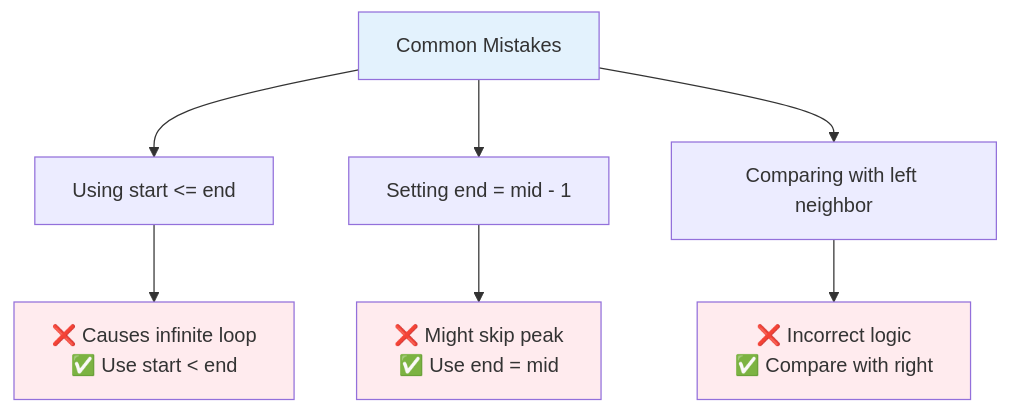
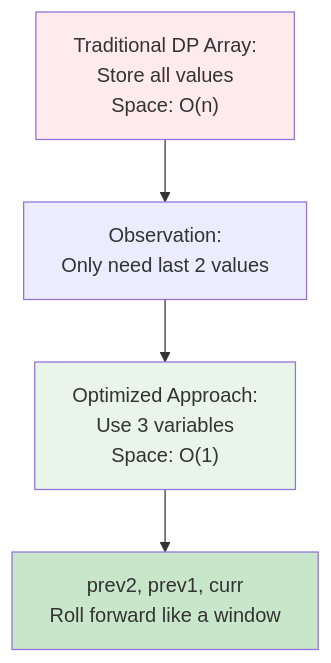
The eighth of 10 diagrams in README.md (LuckyLongre123/README_RUNNER), drawn with Mermaid before and after one commit. The commit also changed other lines of this file, not shown here.

````diff
--- a/README.md
+++ b/README.md
@@ -333,15 +230,10 @@
 ```mermaid
 flowchart TD
-    A["Common Mistakes"] --> B["Using start <= end"]
-    A --> C["Setting end = mid - 1"]
-    A --> D["Comparing with left neighbor"]
+    A["Traditional DP Array:<br/>Store all values<br/>Space: O(n)"] --> B["Observation:<br/>Only need last 2 values"]
+    B --> C["Optimized Approach:<br/>Use 3 variables<br/>Space: O(1)"]
+    C --> D["prev2, prev1, curr<br/>Roll forward like a window"]
     
-    B --> B1["❌ Causes infinite loop<br/>✅ Use start < end"]
-    C --> C1["❌ Might skip peak<br/>✅ Use end = mid"]
-    D --> D1["❌ Incorrect logic<br/>✅ Compare with right"]
-    
-    style A fill:#e3f2fd
-    style B1 fill:#ffebee
-    style C1 fill:#ffebee
-    style D1 fill:#ffebee
+    style A fill:#ffebee
+    style C fill:#e8f5e8
+    style D fill:#c8e6c9
 ```
````
